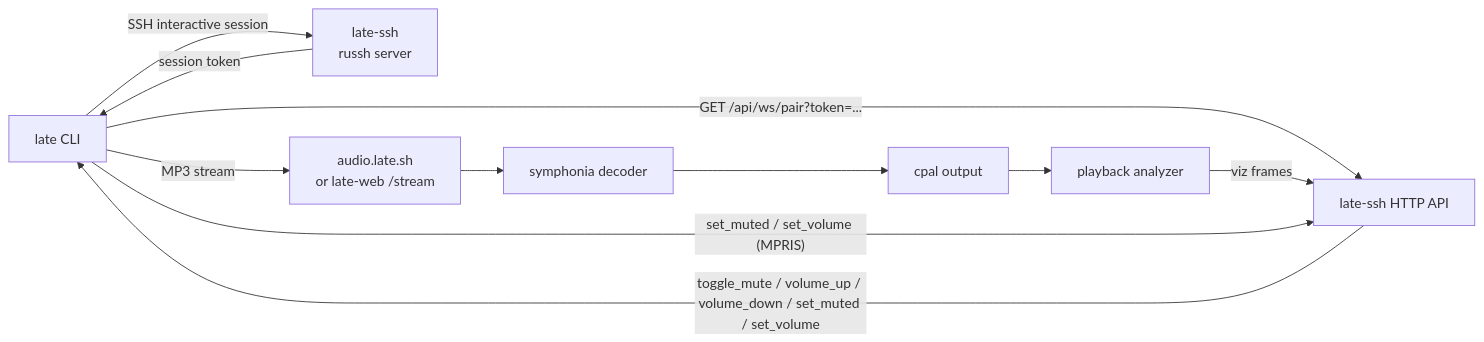
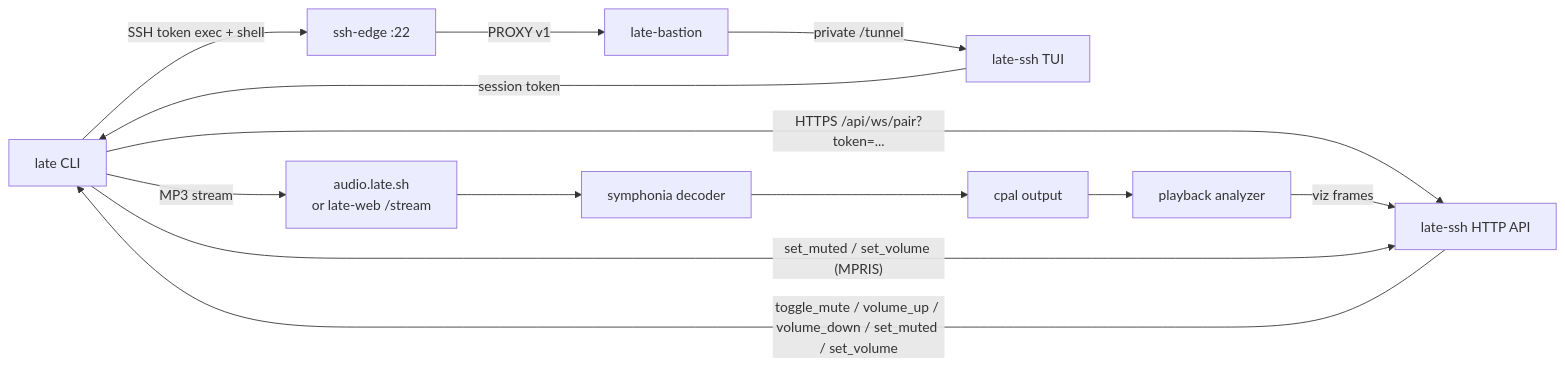
The diagram in late-cli/CONTEXT.md (mevanlc/late-sh), drawn with Mermaid before and after one commit. The commit also changed other lines of this file and 26 other files, not shown here.

````diff
--- a/late-cli/CONTEXT.md
+++ b/late-cli/CONTEXT.md
@@ -47,13 +47,15 @@
 ```mermaid
 flowchart LR
-    CLI["late CLI"] -->|"SSH interactive session"| SSH["late-ssh<br/>russh server"]
-    CLI -->|"GET /api/ws/pair?token=..."| API["late-ssh HTTP API"]
+    CLI["late CLI"] -->|"SSH token exec + shell"| EDGE["ssh-edge :22"]
+    EDGE -->|"PROXY v1"| BASTION["late-bastion"]
+    BASTION -->|"private /tunnel"| SSH["late-ssh TUI"]
+    CLI -->|"HTTPS /api/ws/pair?token=..."| API["late-ssh HTTP API"]
     CLI -->|"MP3 stream"| AUDIO["audio.late.sh<br/>or late-web /stream"]
     AUDIO --> DEC["symphonia decoder"]
     DEC --> OUT["cpal output"]
     OUT --> ANA["playback analyzer"]
     ANA -->|"viz frames"| API
     API -->|"toggle_mute / volume_up / volume_down / set_muted / set_volume"| CLI
     CLI -->|"set_muted / set_volume (MPRIS)"| API
     SSH -->|"session token"| CLI
 ```
````
